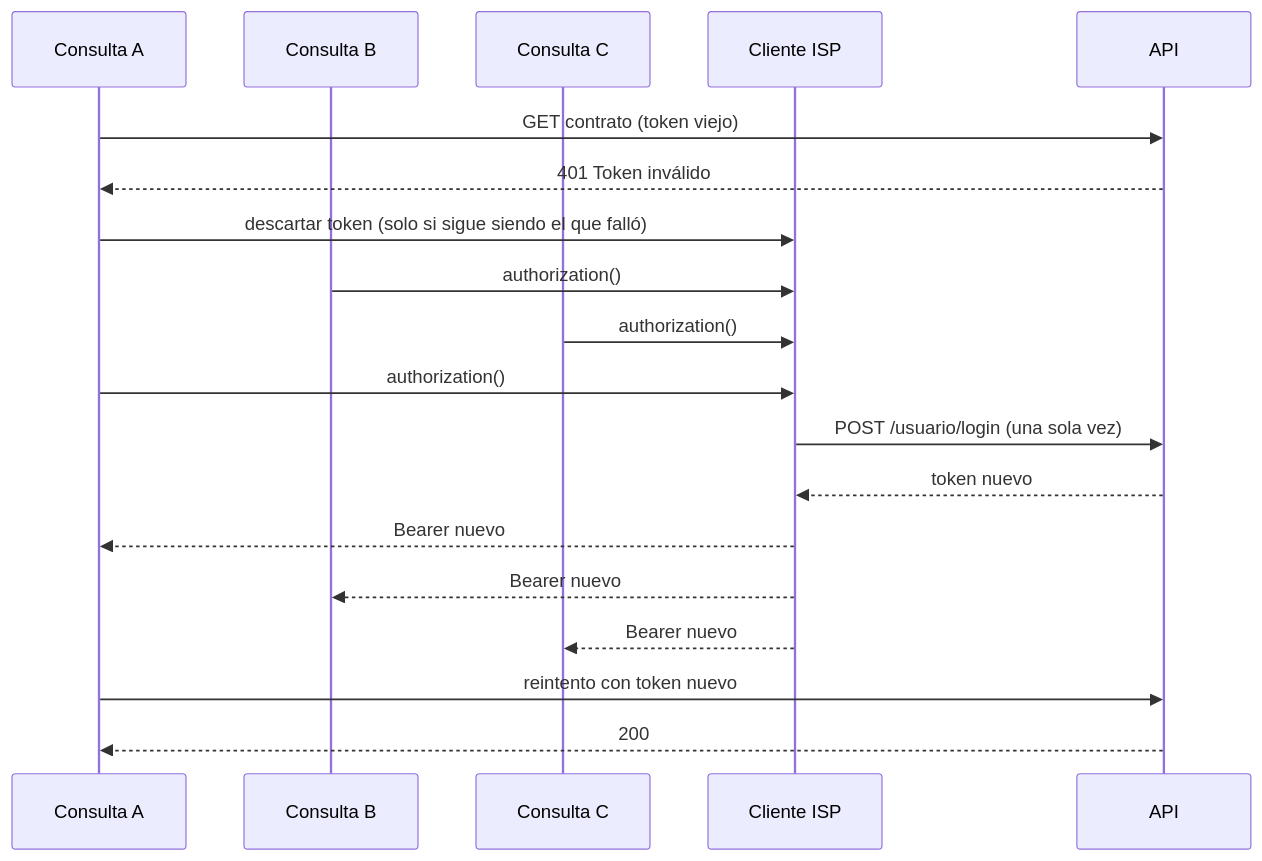
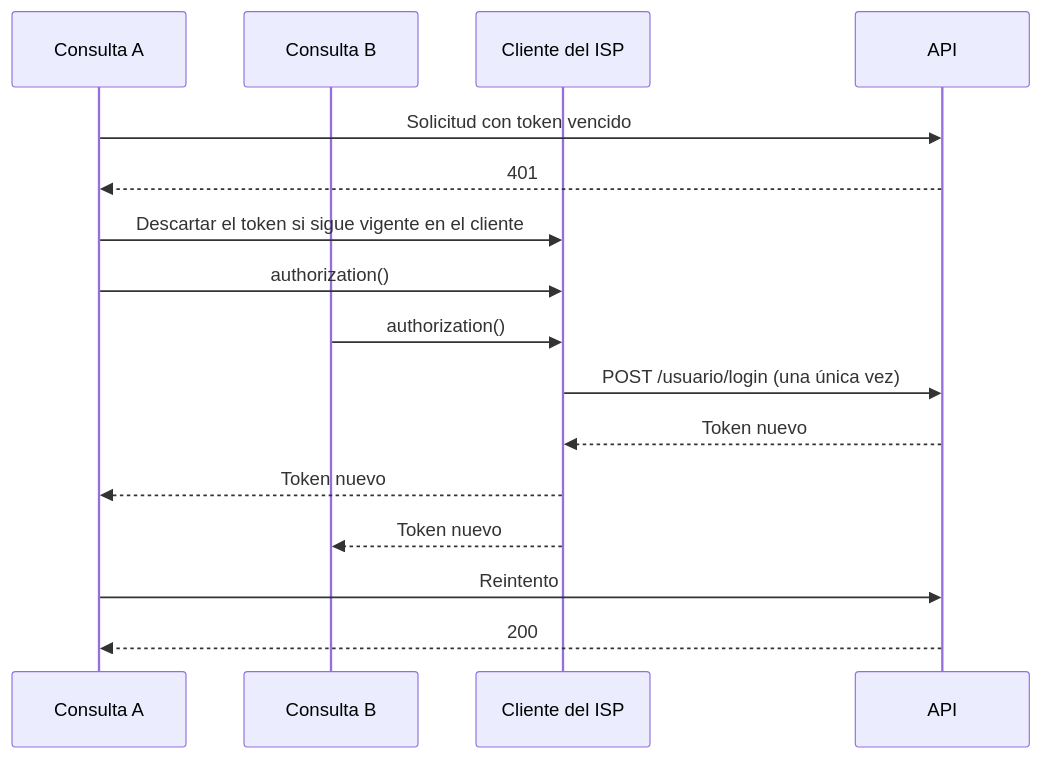
The eighth of 11 diagrams in docs/DISENO.md (robydaniel45san/Cobrix-Api-Prueba-Tecnica-Duran-Roby), drawn with Mermaid before and after one commit. The commit also changed other lines of this file and 1 other file, not shown here.

````diff
--- a/docs/DISENO.md
+++ b/docs/DISENO.md
@@ -541,22 +553,19 @@
 ```mermaid
 sequenceDiagram
     participant A as Consulta A
     participant B as Consulta B
-    participant C as Consulta C
-    participant CLI as Cliente ISP
+    participant CLI as Cliente del ISP
     participant ISP as API
 
-    A->>ISP: GET contrato (token viejo)
-    ISP-->>A: 401 Token inválido
-    A->>CLI: descartar token (solo si sigue siendo el que falló)
+    A->>ISP: Solicitud con token vencido
+    ISP-->>A: 401
+    A->>CLI: Descartar el token si sigue vigente en el cliente
+    A->>CLI: authorization()
     B->>CLI: authorization()
-    C->>CLI: authorization()
-    A->>CLI: authorization()
-    CLI->>ISP: POST /usuario/login (una sola vez)
-    ISP-->>CLI: token nuevo
-    CLI-->>A: Bearer nuevo
-    CLI-->>B: Bearer nuevo
-    CLI-->>C: Bearer nuevo
-    A->>ISP: reintento con token nuevo
+    CLI->>ISP: POST /usuario/login (una única vez)
+    ISP-->>CLI: Token nuevo
+    CLI-->>A: Token nuevo
+    CLI-->>B: Token nuevo
+    A->>ISP: Reintento
     ISP-->>A: 200
 ```
````
